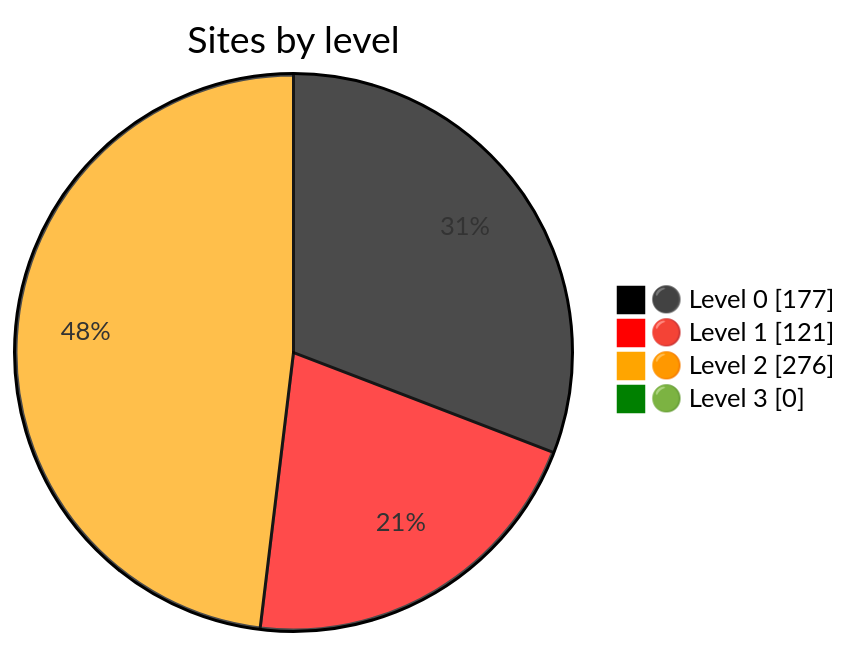
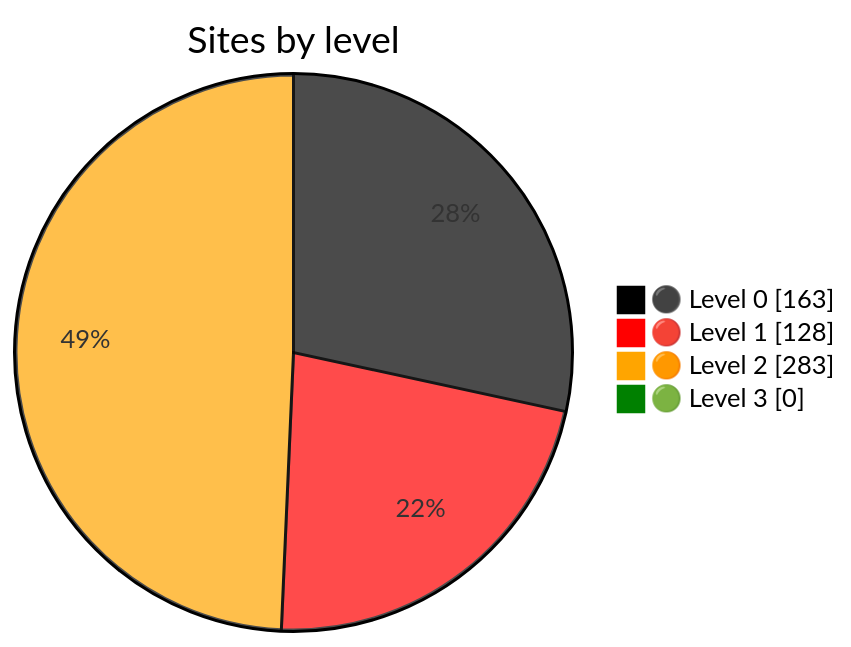
Before and after one commit to nuuuwan/gov_lk_web_auditor: the diagram in README.md, drawn with Mermaid. The commit also changed other lines of this file and 2650 other files, not shown here.

````diff
--- a/README.md
+++ b/README.md
@@ -24,9 +24,9 @@
 ```mermaid
 %%{init: {"themeVariables":{"pie1":"black","pie2":"red","pie3":"orange","pie4":"green"}}}%%
 pie showData
     title Sites by level
-    "⚫ Level 0" : 177
-    "🔴 Level 1" : 121
-    "🟠 Level 2" : 276
+    "⚫ Level 0" : 163
+    "🔴 Level 1" : 128
+    "🟠 Level 2" : 283
     "🟢 Level 3" : 0
 ```
````
